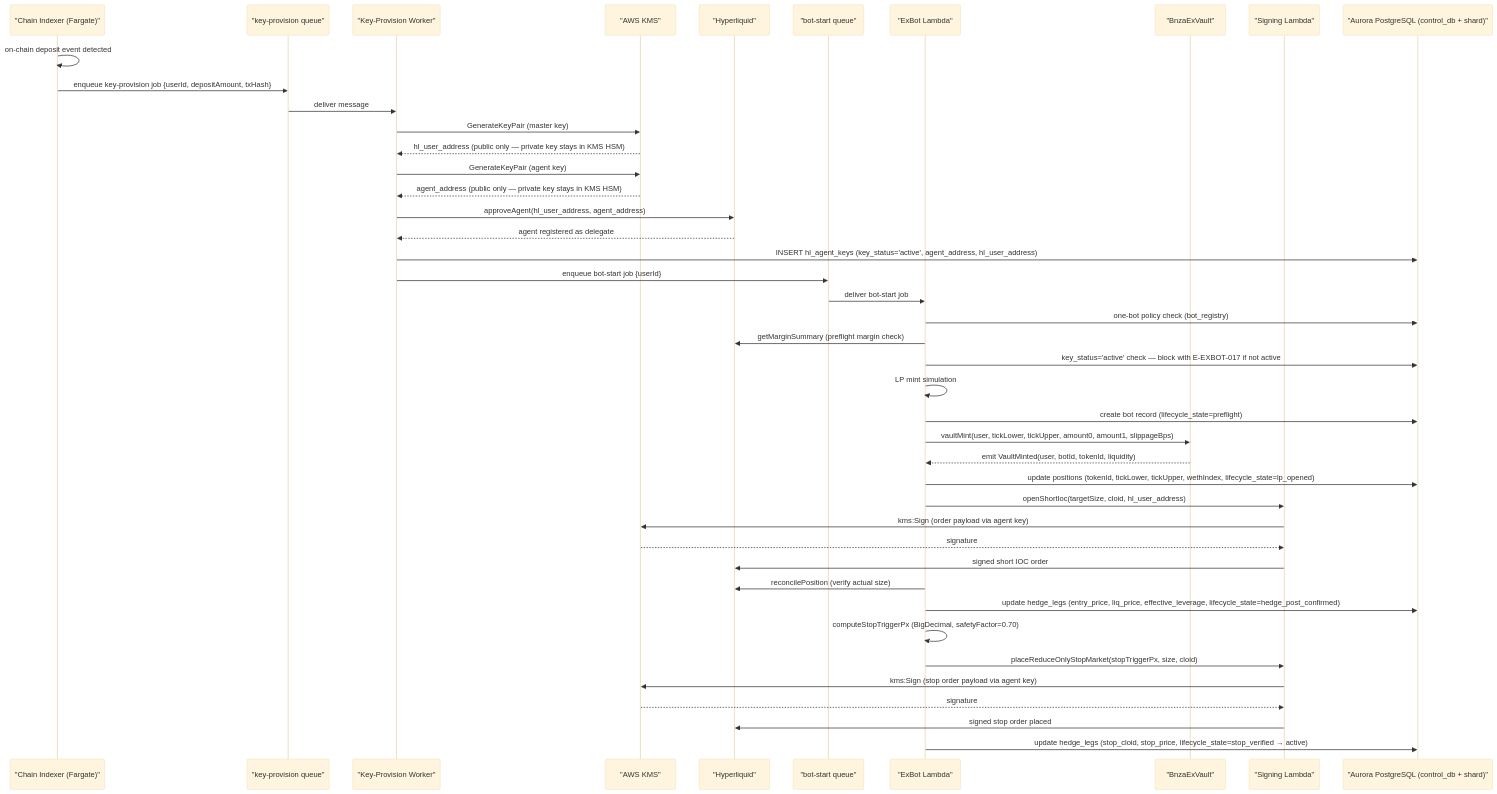
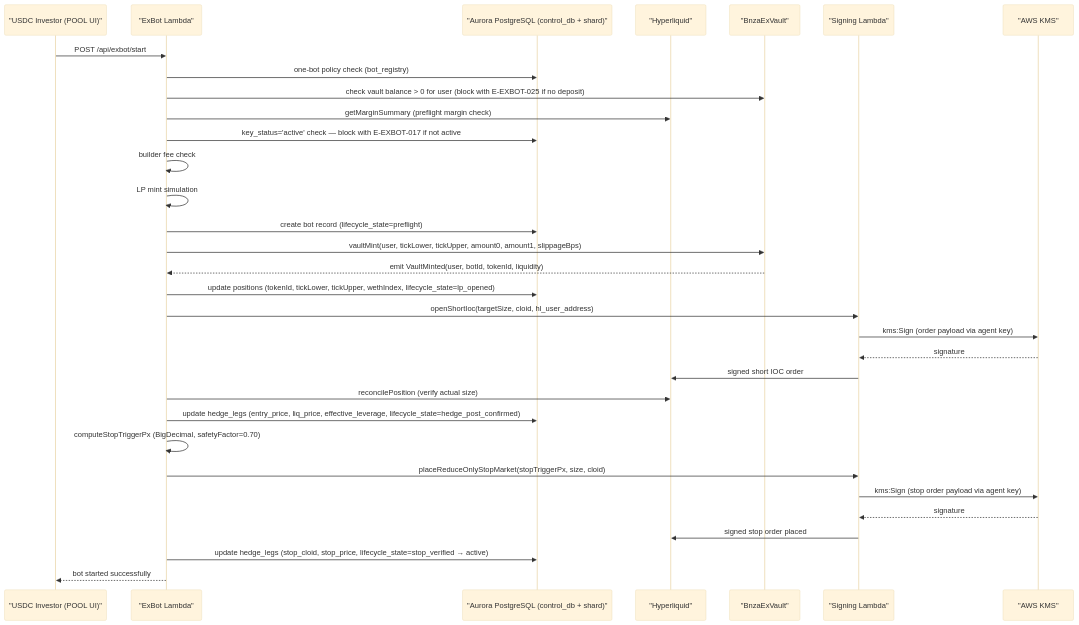
The fourth of 6 diagrams in docs/BA/plans/bnza-sotatek-260519-0000/03_modules/exbot/srs/flows.md (TrinhBuiSotatek/Bonanzapool), drawn with Mermaid (base theme) before and after one commit. The commit also changed other lines of this file and 3 other files, not shown here.

Commit message:
Update docs bot-start

````diff
--- a/docs/BA/plans/bnza-sotatek-260519-0000/03_modules/exbot/srs/flows.md
+++ b/docs/BA/plans/bnza-sotatek-260519-0000/03_modules/exbot/srs/flows.md
@@ -90,53 +120,38 @@
 ```mermaid
 sequenceDiagram
-    participant CHAIN as "Chain Indexer (Fargate)"
-    participant KPQ as "key-provision queue"
-    participant KP as "Key-Provision Worker"
-    participant KMS as "AWS KMS"
+    participant INV as "USDC Investor (POOL UI)"
+    participant EXW as "ExBot Lambda"
+    participant DB as "Aurora PostgreSQL (control_db + shard)"
     participant HL as "Hyperliquid"
-    participant BSQ as "bot-start queue"
-    participant EXW as "ExBot Lambda"
     participant VAULT as "BnzaExVault"
     participant SL as "Signing Lambda"
-    participant DB as "Aurora PostgreSQL (control_db + shard)"
+    participant KMS as "AWS KMS"
 
-    CHAIN->>CHAIN: on-chain deposit event detected
-    CHAIN->>KPQ: enqueue key-provision job {userId, depositAmount, txHash}
-    KPQ->>KP: deliver message
-
-    KP->>KMS: GenerateKeyPair (master key)
-    KMS-->>KP: hl_user_address (public only — private key stays in KMS HSM)
-    KP->>KMS: GenerateKeyPair (agent key)
-    KMS-->>KP: agent_address (public only — private key stays in KMS HSM)
-
-    KP->>HL: approveAgent(hl_user_address, agent_address)
-    HL-->>KP: agent registered as delegate
-
-    KP->>DB: INSERT hl_agent_keys (key_status='active', agent_address, hl_user_address)
-    KP->>BSQ: enqueue bot-start job {userId}
-
-    BSQ->>EXW: deliver bot-start job
+    INV->>EXW: POST /api/exbot/start
     EXW->>DB: one-bot policy check (bot_registry)
+    EXW->>VAULT: check vault balance > 0 for user (block with E-EXBOT-025 if no deposit)
     EXW->>HL: getMarginSummary (preflight margin check)
     EXW->>DB: key_status='active' check — block with E-EXBOT-017 if not active
+    EXW->>EXW: builder fee check
     EXW->>EXW: LP mint simulation
     EXW->>DB: create bot record (lifecycle_state=preflight)
 
     EXW->>VAULT: vaultMint(user, tickLower, tickUpper, amount0, amount1, slippageBps)
     VAULT-->>EXW: emit VaultMinted(user, botId, tokenId, liquidity)
     EXW->>DB: update positions (tokenId, tickLower, tickUpper, wethIndex, lifecycle_state=lp_opened)
 
     EXW->>SL: openShortIoc(targetSize, cloid, hl_user_address)
     SL->>KMS: kms:Sign (order payload via agent key)
     KMS-->>SL: signature
     SL->>HL: signed short IOC order
     EXW->>HL: reconcilePosition (verify actual size)
     EXW->>DB: update hedge_legs (entry_price, liq_price, effective_leverage, lifecycle_state=hedge_post_confirmed)
 
     EXW->>EXW: computeStopTriggerPx (BigDecimal, safetyFactor=0.70)
     EXW->>SL: placeReduceOnlyStopMarket(stopTriggerPx, size, cloid)
     SL->>KMS: kms:Sign (stop order payload via agent key)
     KMS-->>SL: signature
     SL->>HL: signed stop order placed
     EXW->>DB: update hedge_legs (stop_cloid, stop_price, lifecycle_state=stop_verified → active)
+    EXW-->>INV: bot started successfully
 ```
````
